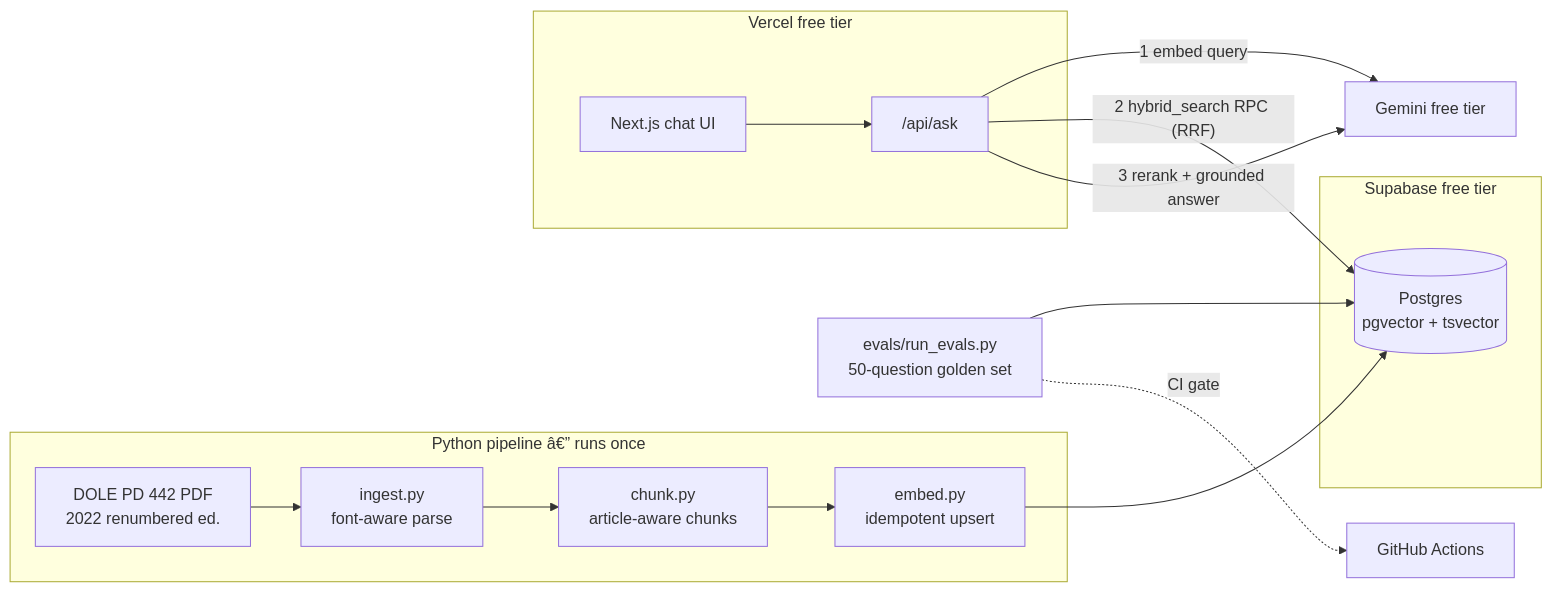
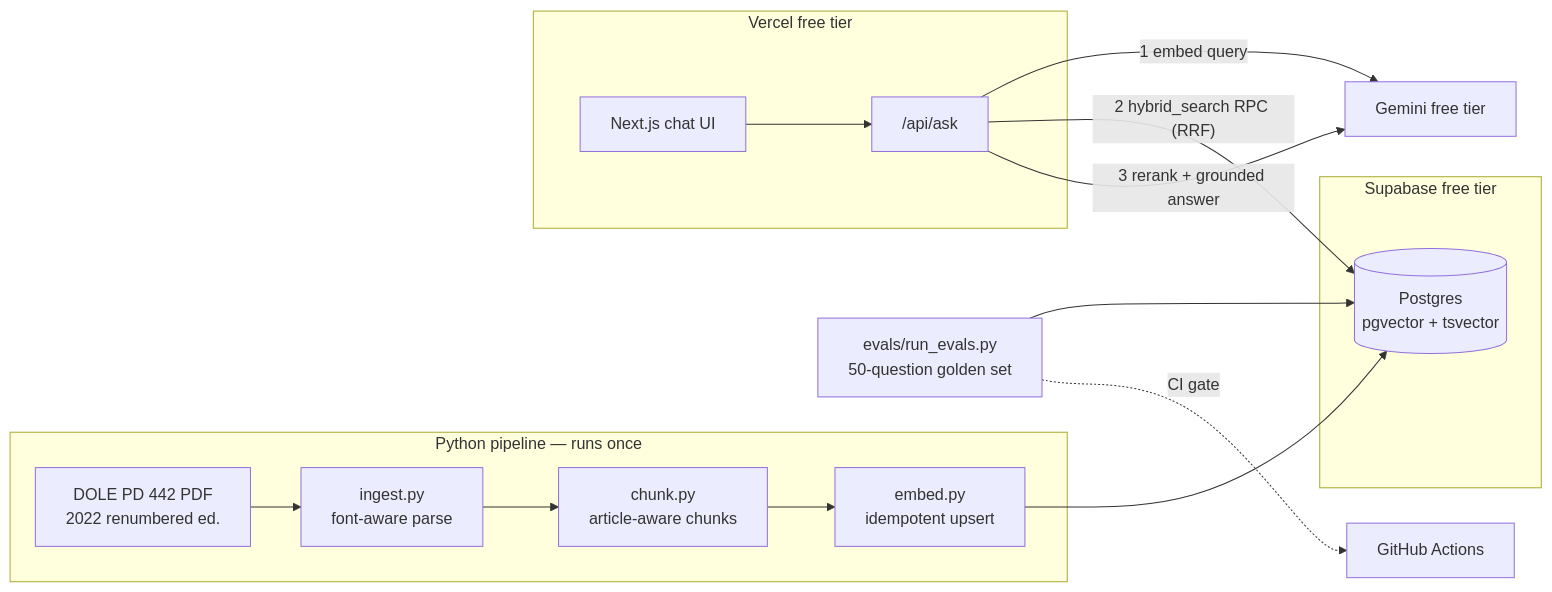
Before and after one commit to christiandlbanzon/batas-rag: the diagram in README.md, drawn with Mermaid. The commit also changed other lines of this file, not shown here.

````diff
--- a/README.md
+++ b/README.md
@@ -39,18 +39,18 @@
 ```mermaid
 flowchart LR
-    subgraph offline [Python pipeline â€” runs once]
+    subgraph offline [Python pipeline — runs once]
         PDF[DOLE PD 442 PDF<br/>2022 renumbered ed.] --> ING[ingest.py<br/>font-aware parse] --> CHK[chunk.py<br/>article-aware chunks] --> EMB[embed.py<br/>idempotent upsert]
     end
     subgraph supabase [Supabase free tier]
         DB[(Postgres<br/>pgvector + tsvector)]
     end
     subgraph serving [Vercel free tier]
         UI[Next.js chat UI] --> ASK["/api/ask"]
     end
     EMB --> DB
     ASK -- "1 embed query" --> GEM[Gemini free tier]
     ASK -- "2 hybrid_search RPC (RRF)" --> DB
     ASK -- "3 rerank + grounded answer" --> GEM
     EVAL[evals/run_evals.py<br/>50-question golden set] --> DB
     EVAL -.CI gate.-> GH[GitHub Actions]
 ```
````
